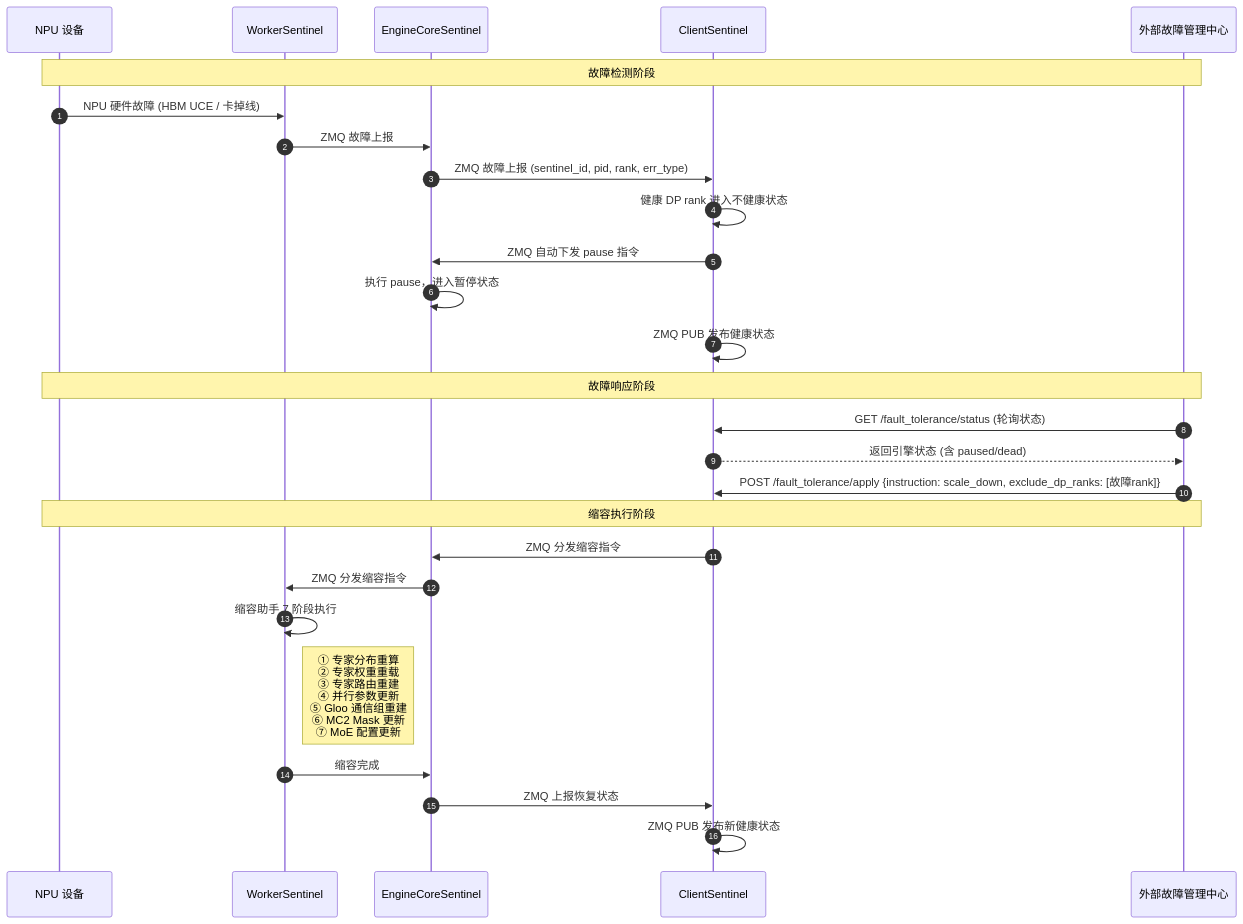
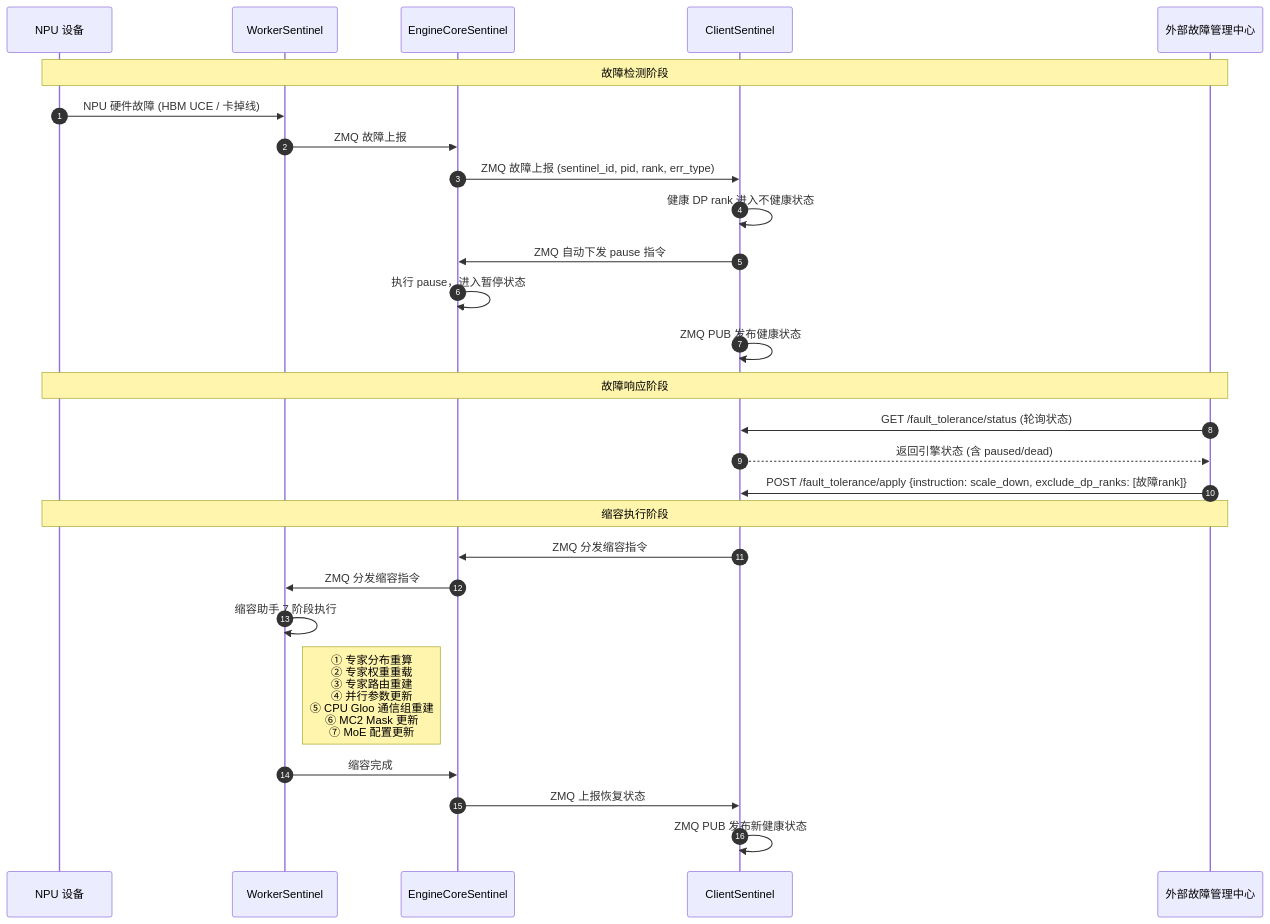
One commit to Computing-Availability-Tools/CATHelper changed the second of 4 diagrams in elastic-ep/vllm/DESIGN.md. Above: the diagram before and after it, drawn with Mermaid. The commit also changed other lines of this file and 4 other files, not shown here.

````diff
--- a/elastic-ep/vllm/DESIGN.md
+++ b/elastic-ep/vllm/DESIGN.md
@@ -67,32 +67,32 @@
 ```mermaid
 sequenceDiagram
     autonumber
     participant NPU as NPU 设备
     participant W as WorkerSentinel
     participant EC as EngineCoreSentinel
     participant CS as ClientSentinel
     participant MC as 外部故障管理中心
 
     Note over NPU,MC: 故障检测阶段
     NPU->>W: NPU 硬件故障 (HBM UCE / 卡掉线)
     W->>EC: ZMQ 故障上报
     EC->>CS: ZMQ 故障上报 (sentinel_id, pid, rank, err_type)
     CS->>CS: 健康 DP rank 进入不健康状态
     CS->>EC: ZMQ 自动下发 pause 指令
     EC->>EC: 执行 pause，进入暂停状态
     CS->>CS: ZMQ PUB 发布健康状态
 
     Note over NPU,MC: 故障响应阶段
     MC->>CS: GET /fault_tolerance/status (轮询状态)
     CS-->>MC: 返回引擎状态 (含 paused/dead)
     MC->>CS: POST /fault_tolerance/apply {instruction: scale_down, exclude_dp_ranks: [故障rank]}
 
     Note over NPU,MC: 缩容执行阶段
     CS->>EC: ZMQ 分发缩容指令
     EC->>W: ZMQ 分发缩容指令
     W->>W: 缩容助手 7 阶段执行
-    Note right of W: ① 专家分布重算<br/>② 专家权重重载<br/>③ 专家路由重建<br/>④ 并行参数更新<br/>⑤ Gloo 通信组重建<br/>⑥ MC2 Mask 更新<br/>⑦ MoE 配置更新
+    Note right of W: ① 专家分布重算<br/>② 专家权重重载<br/>③ 专家路由重建<br/>④ 并行参数更新<br/>⑤ CPU Gloo 通信组重建<br/>⑥ MC2 Mask 更新<br/>⑦ MoE 配置更新
     W->>EC: 缩容完成
     EC->>CS: ZMQ 上报恢复状态
     CS->>CS: ZMQ PUB 发布新健康状态
 ```
````
